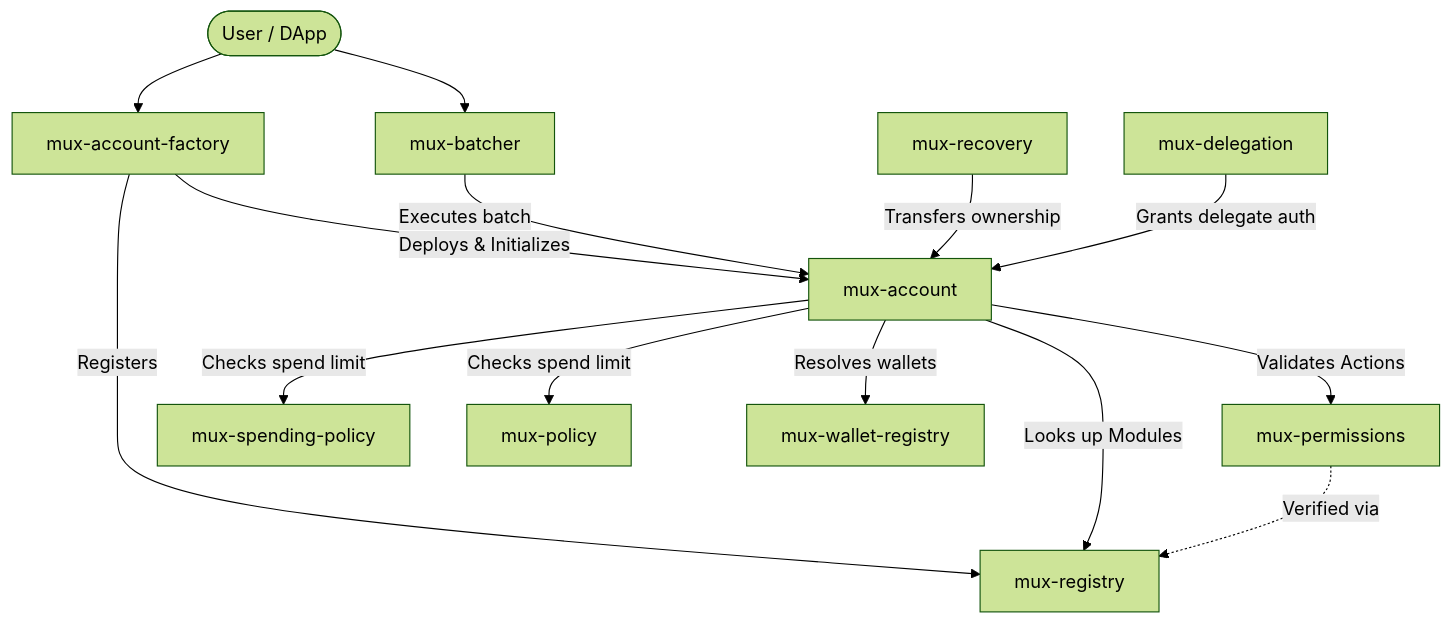
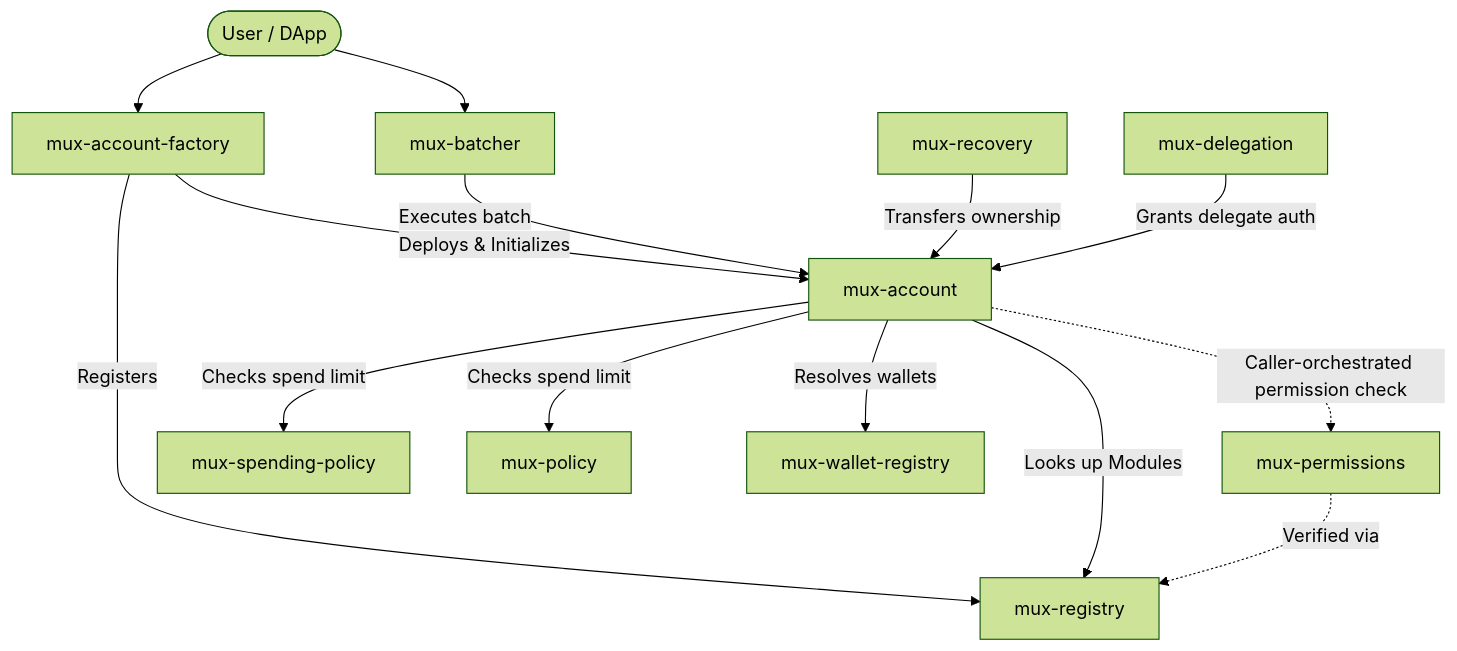
The diagram in docs/architecture-overview.md (Asher134/mux-contracts), drawn with Mermaid (forest theme) before and after one commit. The commit also changed other lines of this file, not shown here.

Commit message:
Reconcile architecture doc's mux-permissions claim with code (#656)

````diff
--- a/docs/architecture-overview.md
+++ b/docs/architecture-overview.md
@@ -27,22 +27,22 @@
 ```mermaid
 graph TD
     User([User / DApp]) --> Batcher[mux-batcher]
     User --> Factory[mux-account-factory]
 
     Factory -->|Deploys & Initializes| Account[mux-account]
 
     Batcher -->|Executes batch| Account
 
-    Account -->|Validates Actions| Permissions[mux-permissions]
+    Account -.->|Caller-orchestrated permission check| Permissions[mux-permissions]
 
     Account -->|Looks up Modules| Registry[mux-registry]
     Factory -->|Registers| Registry
     Permissions -.->|Verified via| Registry
     Account -->|Resolves wallets| WalletRegistry[mux-wallet-registry]
 
     Recovery[mux-recovery] -->|Transfers ownership| Account
     Delegation[mux-delegation] -->|Grants delegate auth| Account
 
     Account -->|Checks spend limit| Policy[mux-policy]
     Account -->|Checks spend limit| SpendingPolicy[mux-spending-policy]
 ```
````
